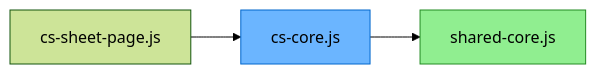
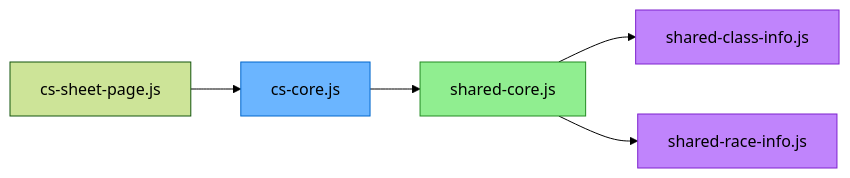
The first of 2 diagrams in FLOWCHART.md (bmfrosty/ose-level-0), drawn with Mermaid (forest theme) before and after one commit. The commit also changed other lines of this file and 13 other files, not shown here.

````diff
--- a/FLOWCHART.md
+++ b/FLOWCHART.md
@@ -19,20 +20,29 @@
 ```mermaid
 flowchart LR
-    classDef shared fill:#90EE90,stroke:#228B22,color:#000
-    classDef csOnly fill:#6bb5ff,stroke:#0066cc,color:#000
+    classDef shared   fill:#90EE90,stroke:#228B22,color:#000
+    classDef csOnly   fill:#6bb5ff,stroke:#0066cc,color:#000
+    classDef dataLeaf fill:#c084fc,stroke:#7e22ce,color:#000
 
     csjs["cs-sheet-page.js"]
 
     %% green — shared-core.js (reached via cs-core.js)
     core["shared-core.js"]
 
     %% blue — cs-sheet-page.js flow only
     cscore["cs-core.js"]
 
+    %% purple — data-only leaf modules
+    classinfo["shared-class-info.js"]
+    raceinfo["shared-race-info.js"]
+
     class core shared
     class cscore csOnly
+    class classinfo dataLeaf
+    class raceinfo dataLeaf
 
     %% static imports
     csjs --> cscore
     cscore --> core
+    core --> classinfo
+    core --> raceinfo
 ```
````
